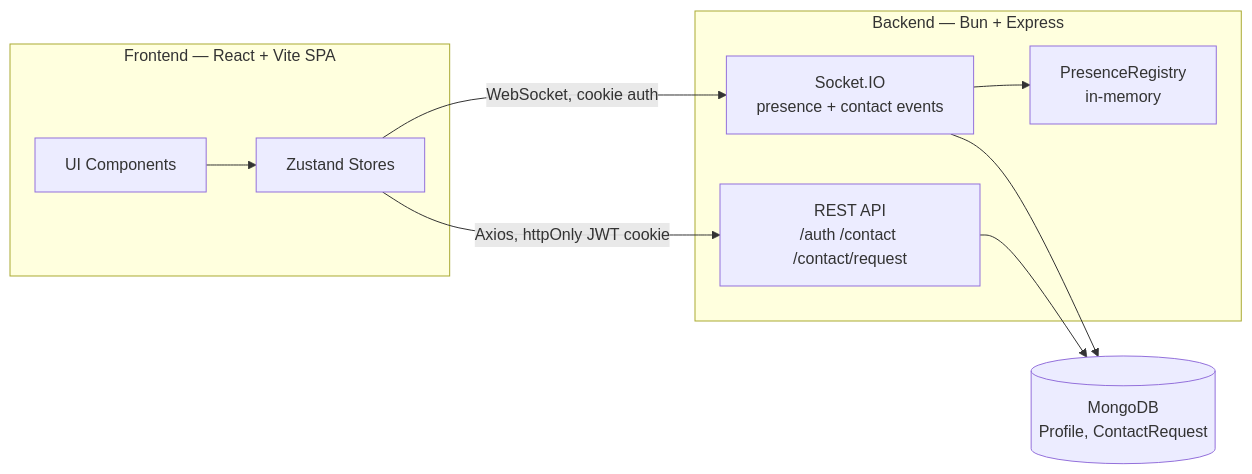
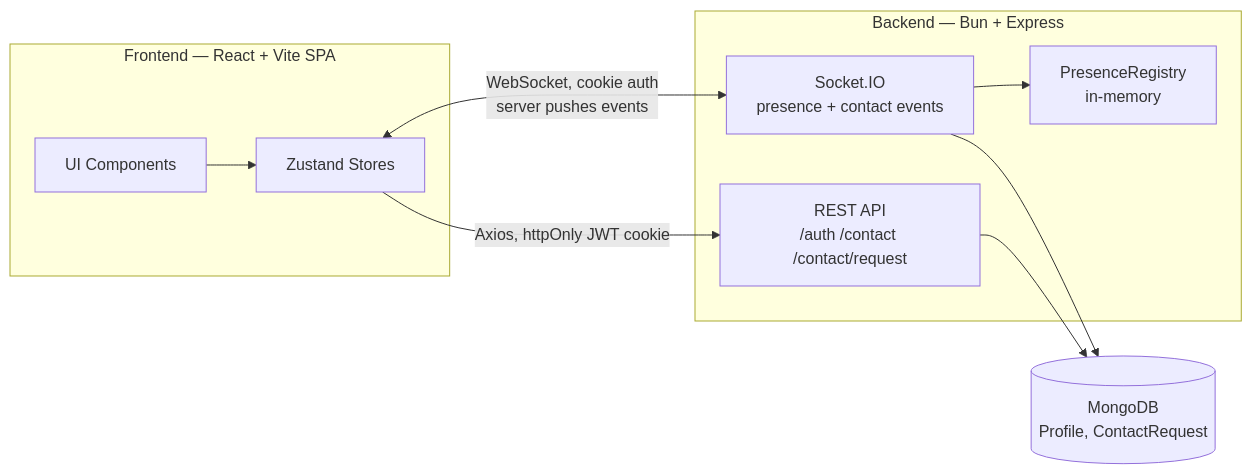
Before and after one commit to popvc/blackjack-for-friends: the first of 2 diagrams in README.md, drawn with Mermaid. The commit also changed other lines of this file, not shown here.

````diff
--- a/README.md
+++ b/README.md
@@ -16,22 +25,22 @@
 ```mermaid
 flowchart LR
     subgraph Client["Frontend — React + Vite SPA"]
         UI[UI Components]
         Store[Zustand Stores]
     end
 
     subgraph Server["Backend — Bun + Express"]
         REST["REST API<br/>/auth /contact /contact/request"]
         IO["Socket.IO<br/>presence + contact events"]
         Reg["PresenceRegistry<br/>in-memory"]
     end
 
     DB[(MongoDB<br/>Profile, ContactRequest)]
 
     UI --> Store
     Store -- "Axios, httpOnly JWT cookie" --> REST
-    Store -- "WebSocket, cookie auth" --> IO
+    Store <-- "WebSocket, cookie auth<br/>server pushes events" --> IO
     REST --> DB
     IO --> Reg
     IO --> DB
 ```
````
